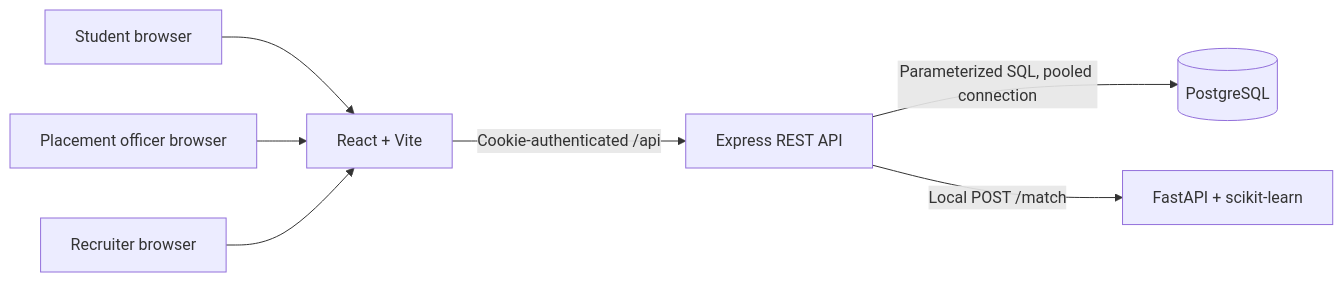
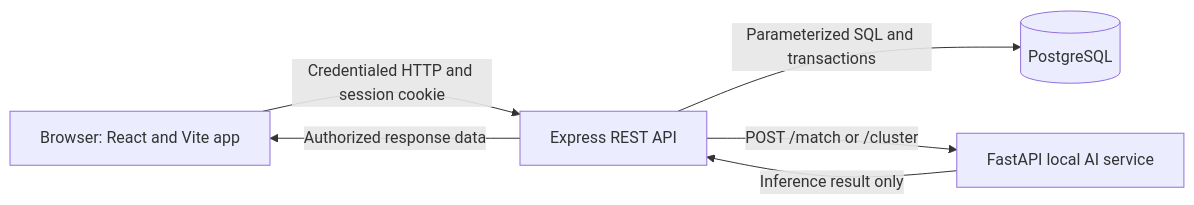
The diagram in docs/architecture.md (RYUO-00/scem-campus-placement-intelligence), drawn with Mermaid before and after one commit. The commit also changed other lines of this file and 19 other files, not shown here.

````diff
--- a/docs/architecture.md
+++ b/docs/architecture.md
@@ -5,16 +43,12 @@
 ```mermaid
 flowchart LR
-  Student[Student browser]
-  Officer[Placement officer browser]
-  Recruiter[Recruiter browser]
-  UI[React + Vite]
-  API[Express REST API]
-  DB[(PostgreSQL)]
-  AI[FastAPI + scikit-learn]
-  Student --> UI
-  Officer --> UI
-  Recruiter --> UI
-  UI -->|Cookie-authenticated /api| API
-  API -->|Parameterized SQL, pooled connection| DB
-  API -->|Local POST /match| AI
+  B[Browser: React and Vite app]
+  E[Express REST API]
+  D[(PostgreSQL)]
+  F[FastAPI local AI service]
+  B -->|Credentialed HTTP and session cookie| E
+  E -->|Parameterized SQL and transactions| D
+  E -->|POST /match or /cluster| F
+  F -->|Inference result only| E
+  E -->|Authorized response data| B
 ```
````
